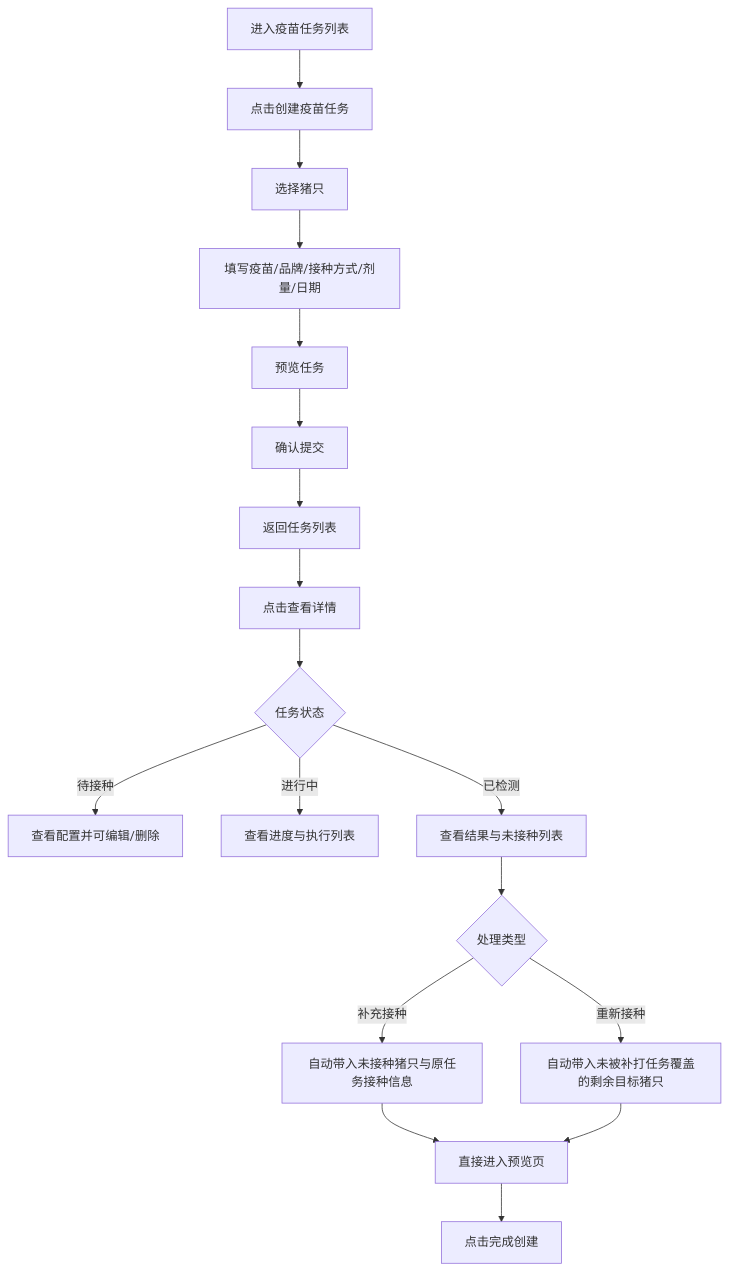
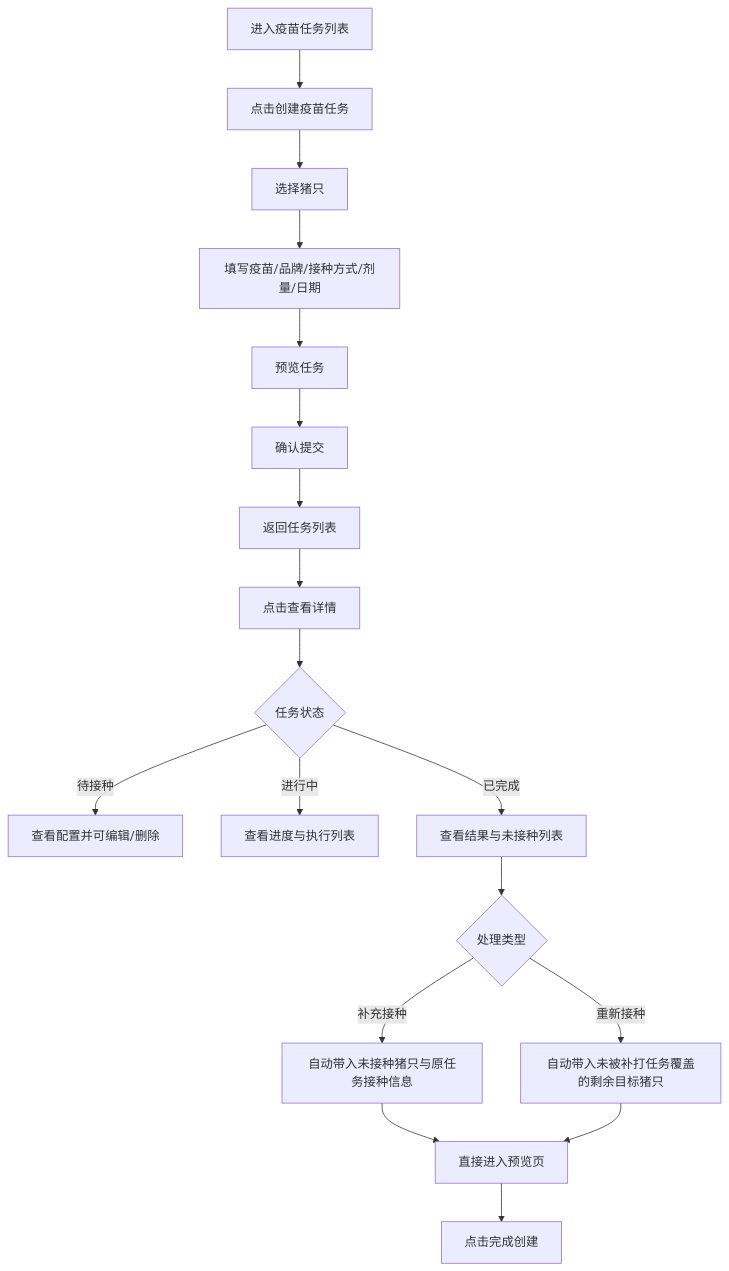
One commit to 91Dhua/Vaccine changed the second of 2 diagrams in prds/vaccine prd/04-疫苗任务.md. Above: the diagram before and after it, drawn with Mermaid. The commit also changed other lines of this file and 16 other files, not shown here.

````diff
--- a/prds/vaccine prd/04-疫苗任务.md
+++ b/prds/vaccine prd/04-疫苗任务.md
@@ -50,20 +52,20 @@
 ```mermaid
 flowchart TD
   A[进入疫苗任务列表] --> B[点击创建疫苗任务]
   B --> C[选择猪只]
   C --> D[填写疫苗/品牌/接种方式/剂量/日期]
   D --> E[预览任务]
   E --> F[确认提交]
   F --> G[返回任务列表]
   G --> H[点击查看详情]
   H --> I{任务状态}
   I -->|待接种| J[查看配置并可编辑/删除]
   I -->|进行中| K[查看进度与执行列表]
-  I -->|已检测| L[查看结果与未接种列表]
+  I -->|已完成| L[查看结果与未接种列表]
   L --> M{处理类型}
   M -->|补充接种| N[自动带入未接种猪只与原任务接种信息]
   M -->|重新接种| O[自动带入未被补打任务覆盖的剩余目标猪只]
   N --> P[直接进入预览页]
   O --> P
   P --> Q[点击完成创建]
 ```
````
